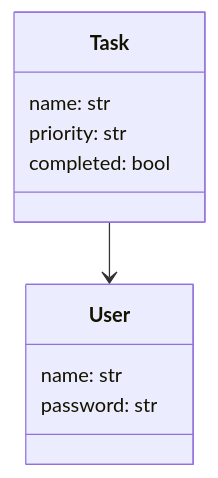
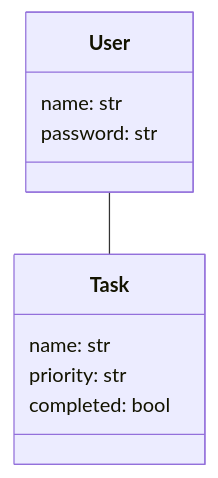
The first of 4 diagrams in dokumentaatio/arkkitehtuuri.md (Yusuboy/TODO-APP), drawn with Mermaid before and after one commit. The commit also changed other lines of this file and 2 other files, not shown here.

````diff
--- a/dokumentaatio/arkkitehtuuri.md
+++ b/dokumentaatio/arkkitehtuuri.md
@@ -23,16 +28,16 @@
 ```mermaid
  classDiagram
-      Task  -->  User
+      User  --  Task
       
       
       class User{
           name: str
           password: str
       }
       class Task{
           name: str
           priority: str
           completed: bool
       }
       
 ```
````
